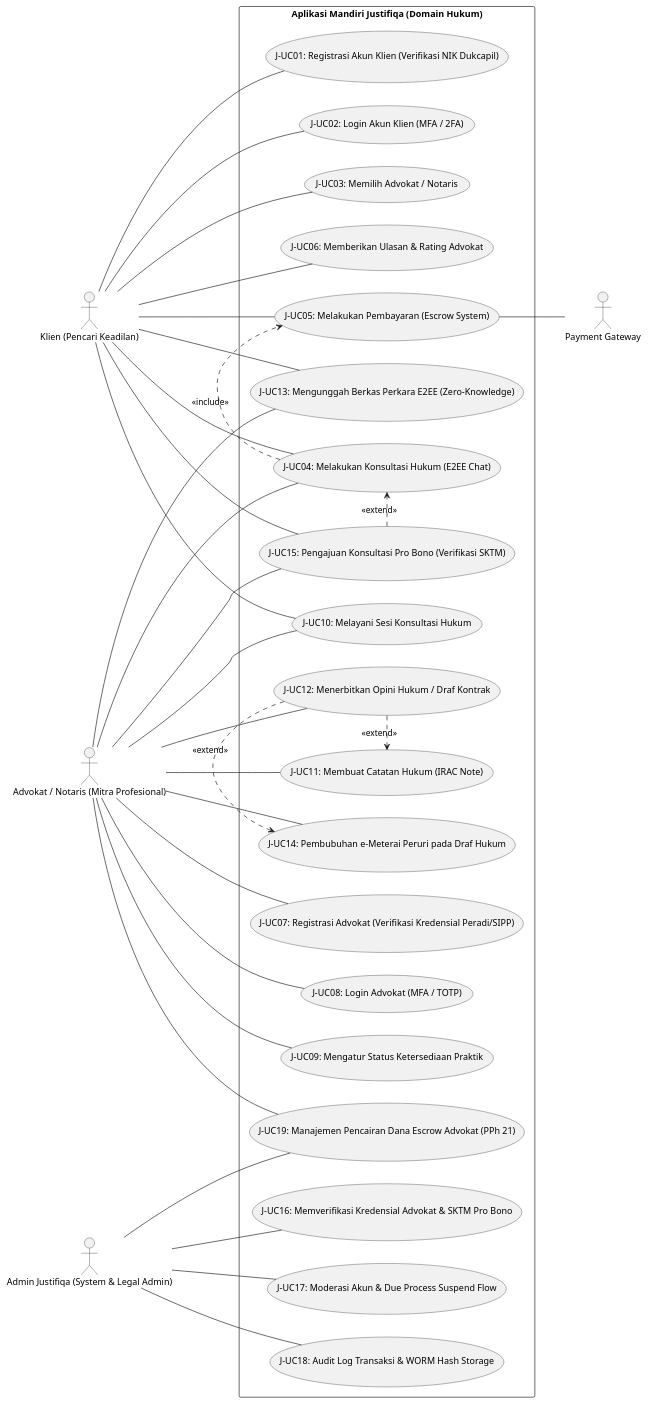
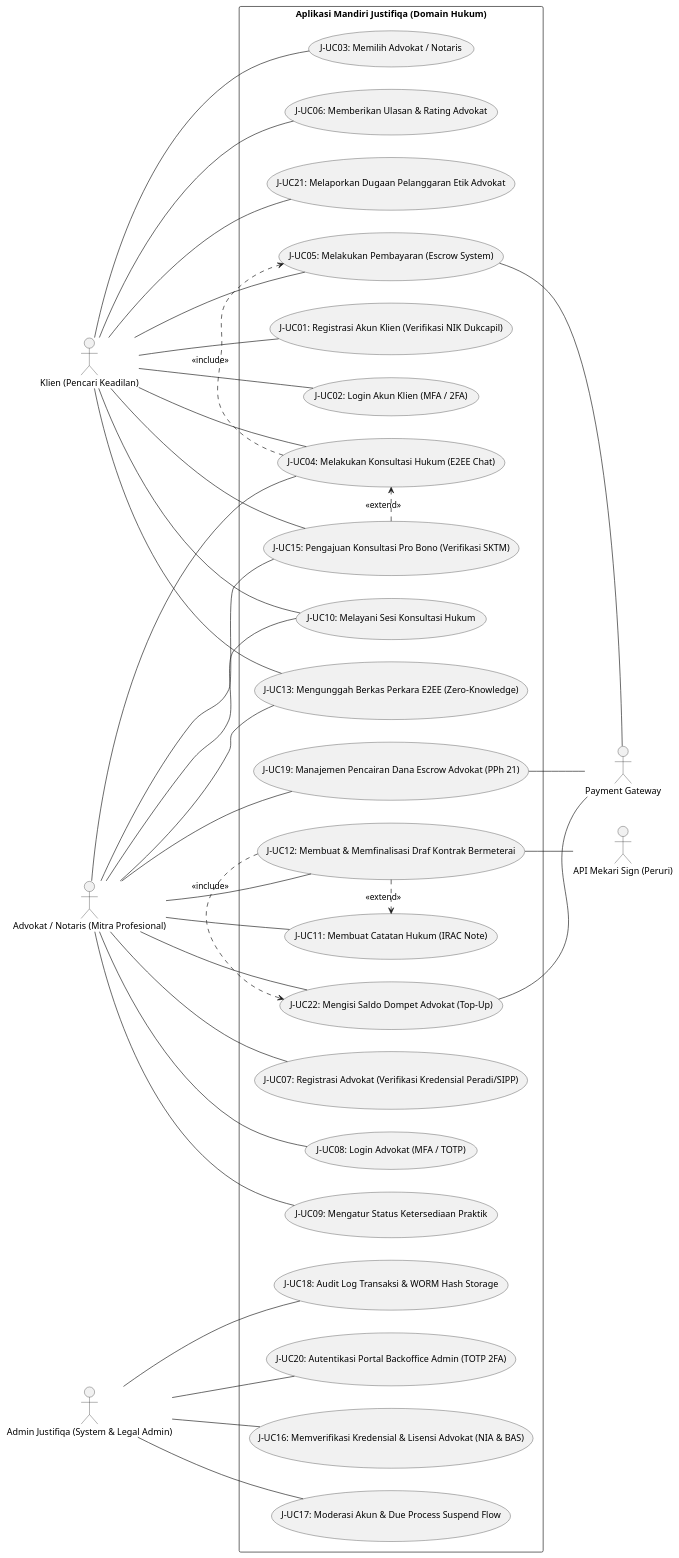
One commit to tupperwureism/SuperApp-Gagal changed the first of 2 diagrams in MarkDown/plantuml_uc_diagrams.md. Above: the diagram before and after it, drawn with PlantUML. The commit also changed other lines of this file and 62 other files, not shown here.

Commit message:
fix(uml): compensate linear deactivation state in PlantUML by explicitly re-activating participants in else branches across SD-J-01, SD-Q-01, SD-J-02, SD-J-04, SD-Q-04, and SD-J-07

````diff
--- a/MarkDown/plantuml_uc_diagrams.md
+++ b/MarkDown/plantuml_uc_diagrams.md
@@ -18,74 +18,81 @@
 ```plantuml
 @startuml
 left to right direction
 skinparam packageStyle rectangle
 
 actor "Klien (Pencari Keadilan)" as Klien
 actor "Advokat / Notaris (Mitra Profesional)" as Mitra
 actor "Admin Justifiqa (System & Legal Admin)" as Admin
 actor "Payment Gateway" as PG
+actor "API Mekari Sign (Peruri)" as Mekari
 
 rectangle "Aplikasi Mandiri Justifiqa (Domain Hukum)" {
   ' Client & Partner Core Flows
   usecase "J-UC01: Registrasi Akun Klien (Verifikasi NIK Dukcapil)" as UC01
   usecase "J-UC02: Login Akun Klien (MFA / 2FA)" as UC02
   usecase "J-UC03: Memilih Advokat / Notaris" as UC03
   usecase "J-UC04: Melakukan Konsultasi Hukum (E2EE Chat)" as UC04
   usecase "J-UC05: Melakukan Pembayaran (Escrow System)" as UC05
   usecase "J-UC06: Memberikan Ulasan & Rating Advokat" as UC06
   
   usecase "J-UC07: Registrasi Advokat (Verifikasi Kredensial Peradi/SIPP)" as UC07
   usecase "J-UC08: Login Advokat (MFA / TOTP)" as UC08
   usecase "J-UC09: Mengatur Status Ketersediaan Praktik" as UC09
   usecase "J-UC10: Melayani Sesi Konsultasi Hukum" as UC10
   usecase "J-UC11: Membuat Catatan Hukum (IRAC Note)" as UC11
-  usecase "J-UC12: Menerbitkan Opini Hukum / Draf Kontrak" as UC12
+  usecase "J-UC12: Membuat & Memfinalisasi Draf Kontrak Bermeterai" as UC12
   
   ' Domain Specific Legal Flows
   usecase "J-UC13: Mengunggah Berkas Perkara E2EE (Zero-Knowledge)" as UC13
-  usecase "J-UC14: Pembubuhan e-Meterai Peruri pada Draf Hukum" as UC14
   usecase "J-UC15: Pengajuan Konsultasi Pro Bono (Verifikasi SKTM)" as UC15
+  usecase "J-UC22: Mengisi Saldo Dompet Advokat (Top-Up)" as UC22
   
   ' Independent Admin Flows
-  usecase "J-UC16: Memverifikasi Kredensial Advokat & SKTM Pro Bono" as UC16
+  usecase "J-UC20: Autentikasi Portal Backoffice Admin (TOTP 2FA)" as UC20
+  usecase "J-UC21: Melaporkan Dugaan Pelanggaran Etik Advokat" as UC21
+  usecase "J-UC16: Memverifikasi Kredensial & Lisensi Advokat (NIA & BAS)" as UC16
   usecase "J-UC17: Moderasi Akun & Due Process Suspend Flow" as UC17
   usecase "J-UC18: Audit Log Transaksi & WORM Hash Storage" as UC18
   usecase "J-UC19: Manajemen Pencairan Dana Escrow Advokat (PPh 21)" as UC19
   
   UC04 .> UC05 : <<include>>
   UC12 .> UC11 : <<extend>>
-  UC12 .> UC14 : <<extend>>
+  UC12 .> UC22 : <<include>>
   UC15 .> UC04 : <<extend>>
+
+  ' User Access Relationships
+  Klien -- UC01
+  Klien -- UC02
+  Klien -- UC03
+  Klien -- UC04
+  Klien -- UC05
+  Klien -- UC06
+  Klien -- UC10
+  Klien -- UC13
+  Klien -- UC15
+  Klien -- UC21
+  
+  Mitra -- UC04
+  Mitra -- UC07
+  Mitra -- UC08
+  Mitra -- UC09
+  Mitra -- UC10
+  Mitra -- UC11
+  Mitra -- UC12
+  Mitra -- UC13
+  Mitra -- UC15
+  Mitra -- UC19
+  Mitra -- UC22
+  
+  Admin -- UC20
+  Admin -- UC16
+  Admin -- UC17
+  Admin -- UC18
+  
+  UC05 -- PG
+  UC19 -- PG
+  UC22 -- PG
+  UC12 -- Mekari
 }
-
-Klien -- UC01
-Klien -- UC02
-Klien -- UC03
-Klien -- UC04
-Klien -- UC05
-Klien -- UC06
-Klien -- UC13
-Klien -- UC15
-
-Mitra -- UC04
-Klien -- UC10
-
-Mitra -- UC07
-Mitra -- UC08
-Mitra -- UC09
-Mitra -- UC10
-Mitra -- UC11
-Mitra -- UC12
-Mitra -- UC13
-Mitra -- UC14
-Mitra -- UC15
-Mitra -- UC19
-
-Admin -- UC16
-Admin -- UC17
-Admin -- UC18
-Admin -- UC19
-
-UC05 -- PG
 @enduml
 ```
````
